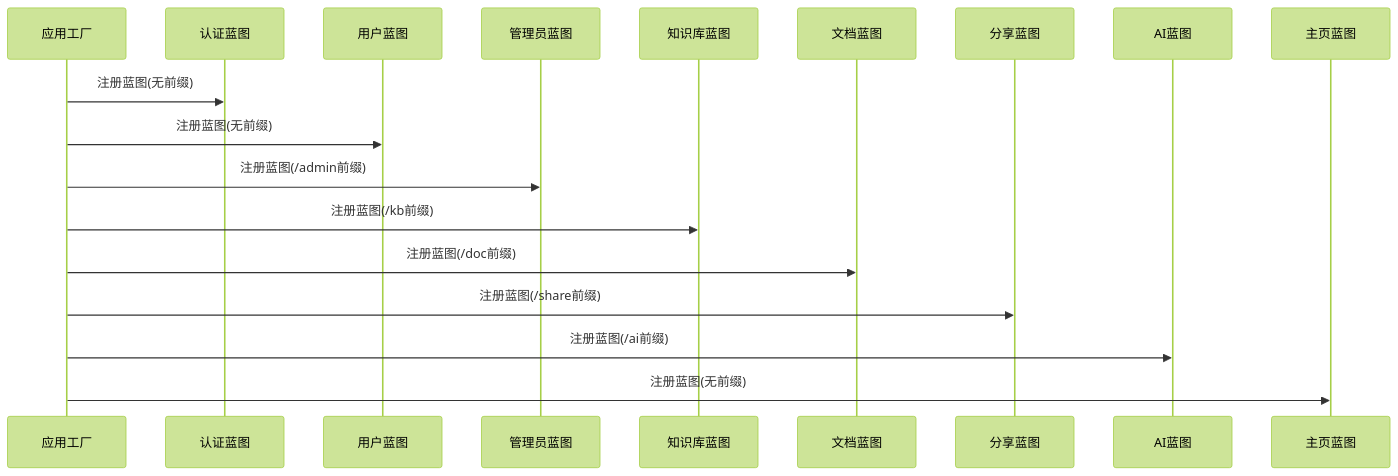
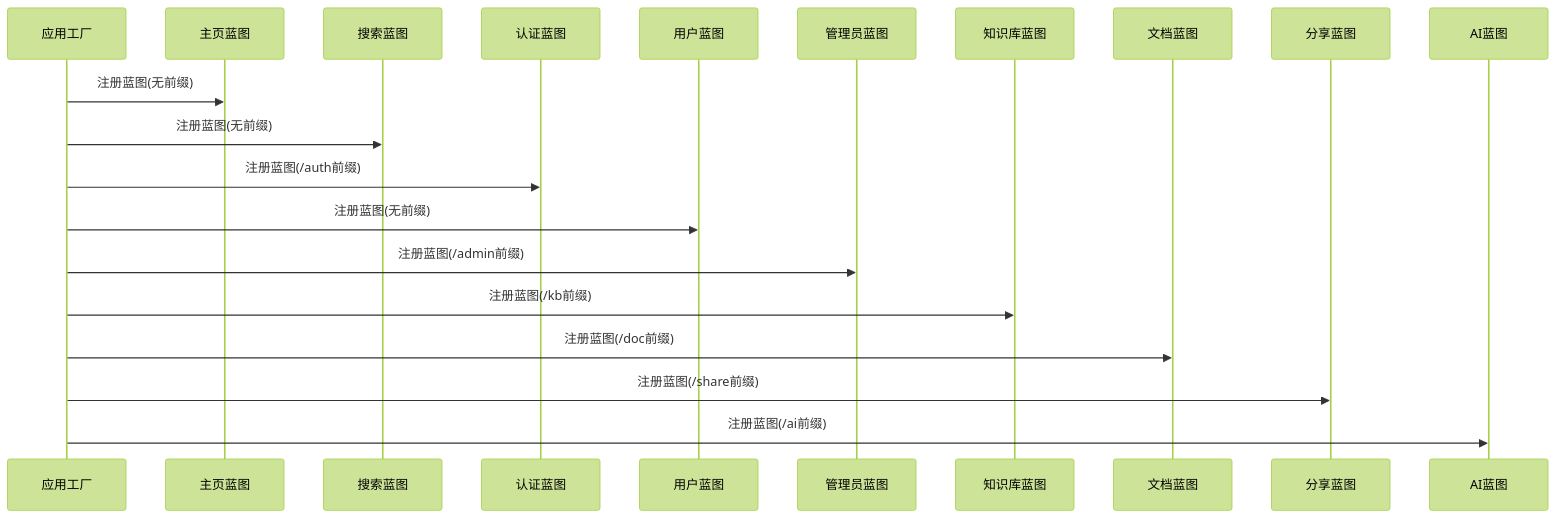
Before and after one commit to beyondalbert/my_wiki: the second of 8 diagrams in .qoder/repowiki/zh/content/架构设计/蓝图系统设计/蓝图系统设计.md, drawn with Mermaid (forest theme). The commit also changed other lines of this file and 5 other files, not shown here.

````diff
--- a/.qoder/repowiki/zh/content/架构设计/蓝图系统设计/蓝图系统设计.md
+++ b/.qoder/repowiki/zh/content/架构设计/蓝图系统设计/蓝图系统设计.md
@@ -110,20 +117,22 @@
 ```mermaid
 sequenceDiagram
 participant App as 应用工厂
+participant Main as 主页蓝图
+participant Search as 搜索蓝图
 participant Auth as 认证蓝图
 participant User as 用户蓝图
 participant Admin as 管理员蓝图
 participant KB as 知识库蓝图
 participant Doc as 文档蓝图
 participant Share as 分享蓝图
 participant AI as AI蓝图
-participant Main as 主页蓝图
-App->>Auth : 注册蓝图(无前缀)
+App->>Main : 注册蓝图(无前缀)
+App->>Search : 注册蓝图(无前缀)
+App->>Auth : 注册蓝图(/auth前缀)
 App->>User : 注册蓝图(无前缀)
 App->>Admin : 注册蓝图(/admin前缀)
 App->>KB : 注册蓝图(/kb前缀)
 App->>Doc : 注册蓝图(/doc前缀)
 App->>Share : 注册蓝图(/share前缀)
 App->>AI : 注册蓝图(/ai前缀)
-App->>Main : 注册蓝图(无前缀)
 ```
````
